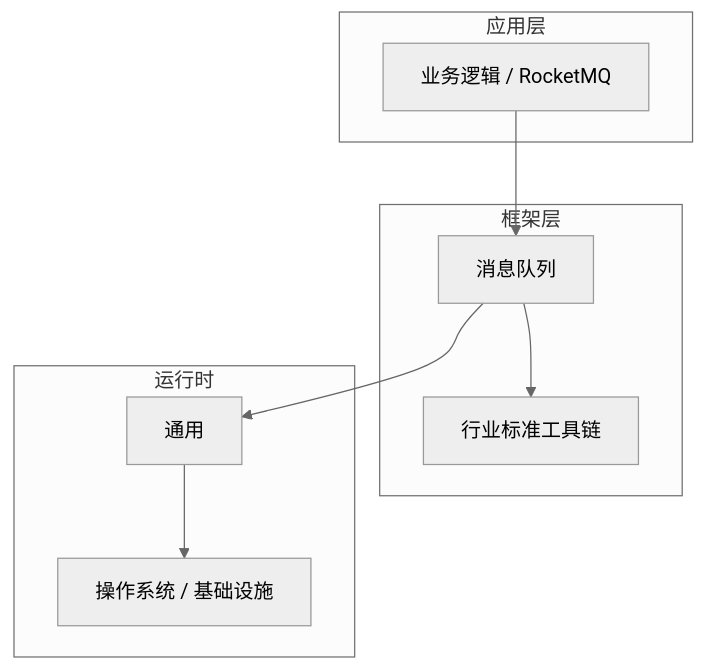
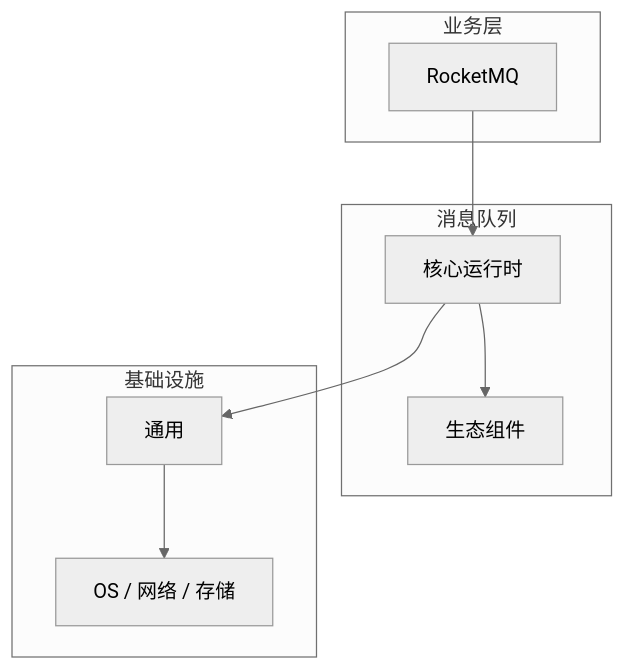
The diagram in articles/消息队列/chapters/036-RocketMQ核心概念与原理.md (yanggan2015/knowledge-json-v2), drawn with Mermaid (neutral theme) before and after one commit. The commit also changed other lines of this file and 10127 other files, not shown here.

````diff
--- a/articles/消息队列/chapters/036-RocketMQ核心概念与原理.md
+++ b/articles/消息队列/chapters/036-RocketMQ核心概念与原理.md
@@ -45,18 +34,18 @@
 ```mermaid
 graph TB
-    subgraph 应用层
-        A[业务逻辑 / RocketMQ]
+    subgraph 业务层
+        A[RocketMQ]
     end
-    subgraph 框架层
-        B[消息队列]
-        C[行业标准工具链]
+    subgraph 消息队列
+        B[核心运行时]
+        C[生态组件]
     end
-    subgraph 运行时
+    subgraph 基础设施
         D[通用]
-        E[操作系统 / 基础设施]
+        E[OS / 网络 / 存储]
     end
     A --> B
     B --> C
     B --> D
     D --> E
 ```
````
